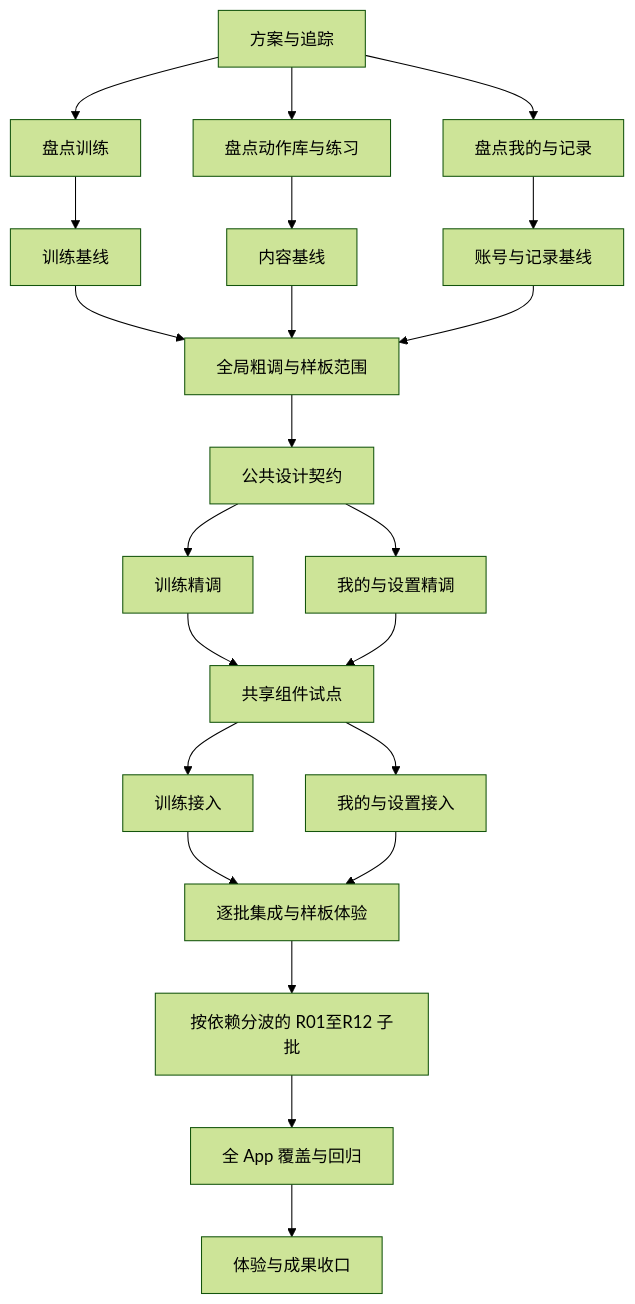
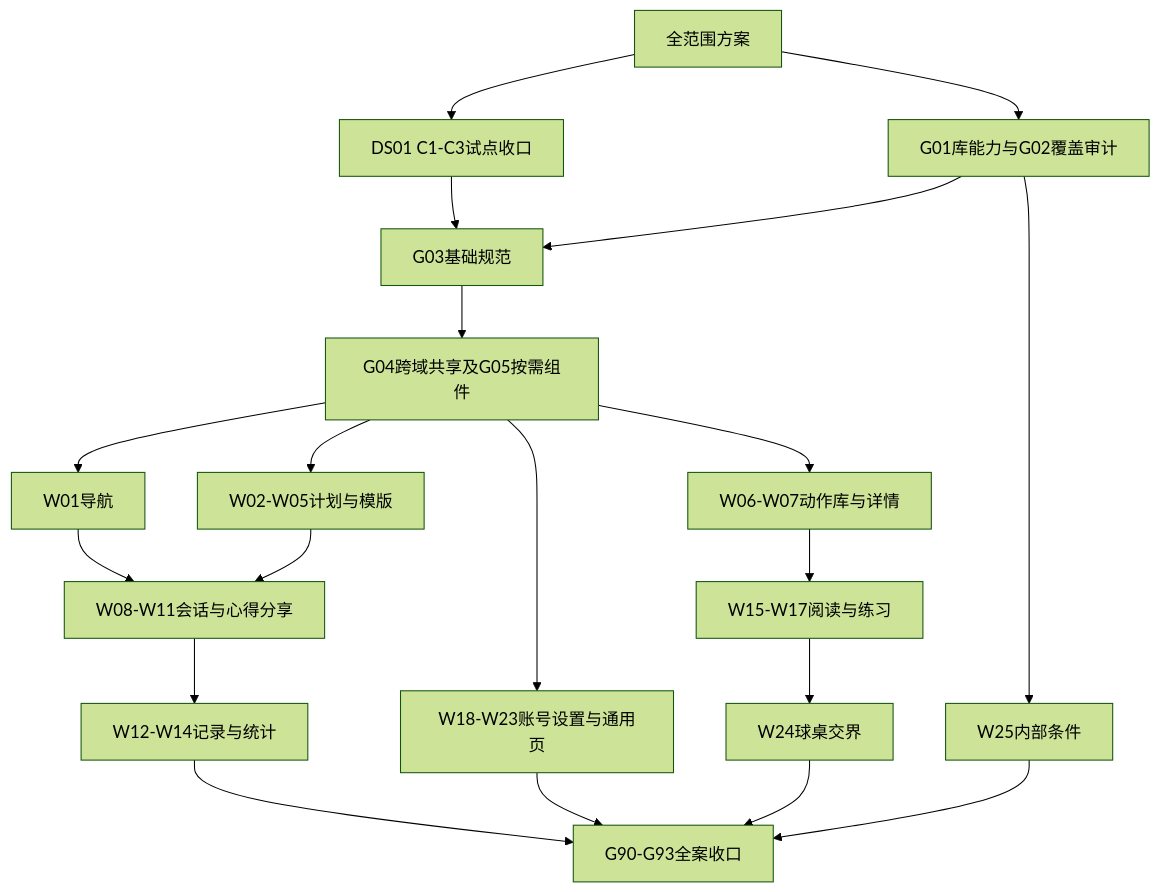
One commit to xinkuansong/Billiard-Trainer changed the diagram in tasks/app-interface-redesign/PLAN.md. Above: the diagram before and after it, drawn with Mermaid (forest theme). The commit also changed other lines of this file and 221 other files, not shown here.

Commit message:
chore: checkpoint current app implementation and design audit progress

````diff
--- a/tasks/app-interface-redesign/PLAN.md
+++ b/tasks/app-interface-redesign/PLAN.md
@@ -152,24 +216,22 @@
 ```mermaid
 flowchart TD
-  B00[方案与追踪] --> B01T[盘点训练]
-  B00 --> B01L[盘点动作库与练习]
-  B00 --> B01P[盘点我的与记录]
-  B01T --> B02T[训练基线]
-  B01L --> B02L[内容基线]
-  B01P --> B02P[账号与记录基线]
-  B02T --> B03A[全局粗调与样板范围]
-  B02L --> B03A
-  B02P --> B03A
-  B03A --> B03B[公共设计契约]
-  B03B --> B04T[训练精调]
-  B03B --> B04P[我的与设置精调]
-  B04T --> B05C[共享组件试点]
-  B04P --> B05C
-  B05C --> B06T[训练接入]
-  B05C --> B06P[我的与设置接入]
-  B06T --> B07[逐批集成与样板体验]
-  B06P --> B07
-  B07 --> R[按依赖分波的 R01至R12 子批]
-  R --> B90[全 App 覆盖与回归]
-  B90 --> B91[体验与成果收口]
+  G00[全范围方案] --> DS[DS01 C1-C3试点收口]
+  G00 --> AUDIT[G01库能力与G02覆盖审计]
+  DS --> CORE[G03基础规范]
+  AUDIT --> CORE
+  CORE --> LIB[G04跨域共享及G05按需组件]
+  LIB --> SHELL[W01导航]
+  LIB --> TRAIN[W02-W05计划与模版]
+  LIB --> CONTENT[W06-W07动作库与详情]
+  SHELL --> SESSION[W08-W11会话与心得分享]
+  TRAIN --> SESSION
+  CONTENT --> READING[W15-W17阅读与练习]
+  SESSION --> HISTORY[W12-W14记录与统计]
+  LIB --> ACCOUNT[W18-W23账号设置与通用页]
+  READING --> EDGE[W24球桌交界]
+  AUDIT --> INTERNAL[W25内部条件]
+  HISTORY --> FINAL[G90-G93全案收口]
+  ACCOUNT --> FINAL
+  EDGE --> FINAL
+  INTERNAL --> FINAL
 ```
````
